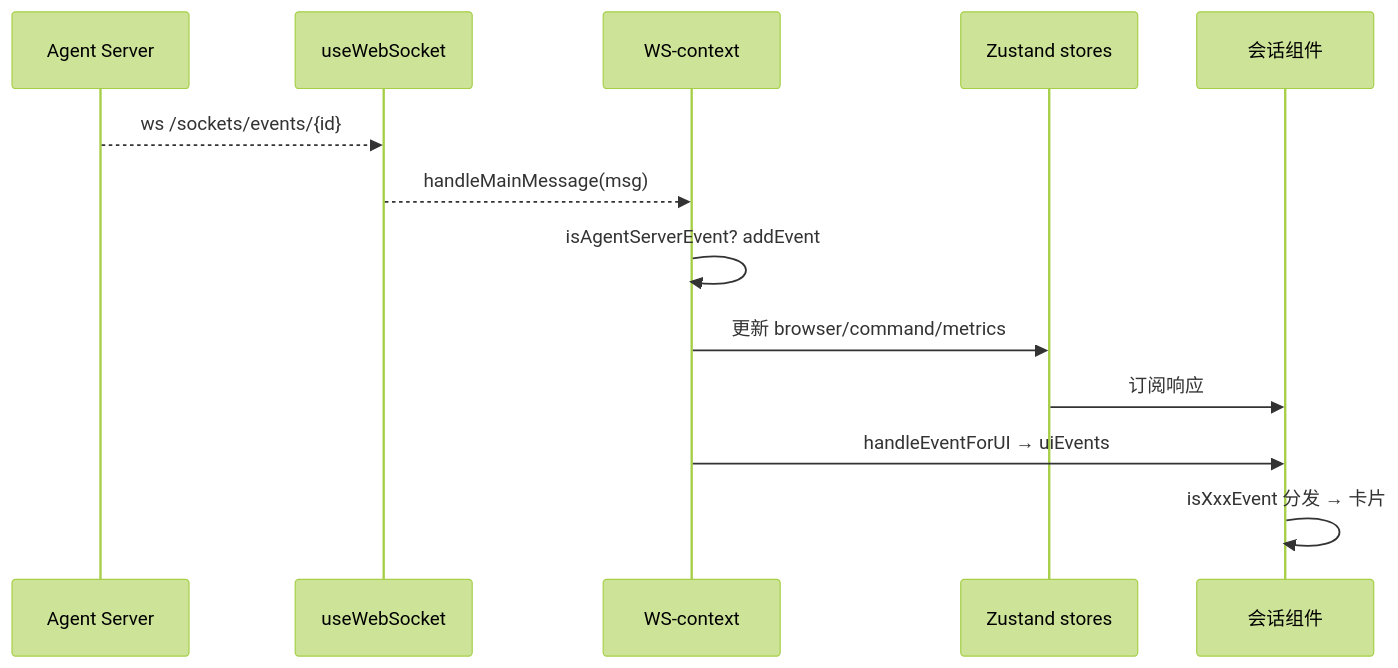
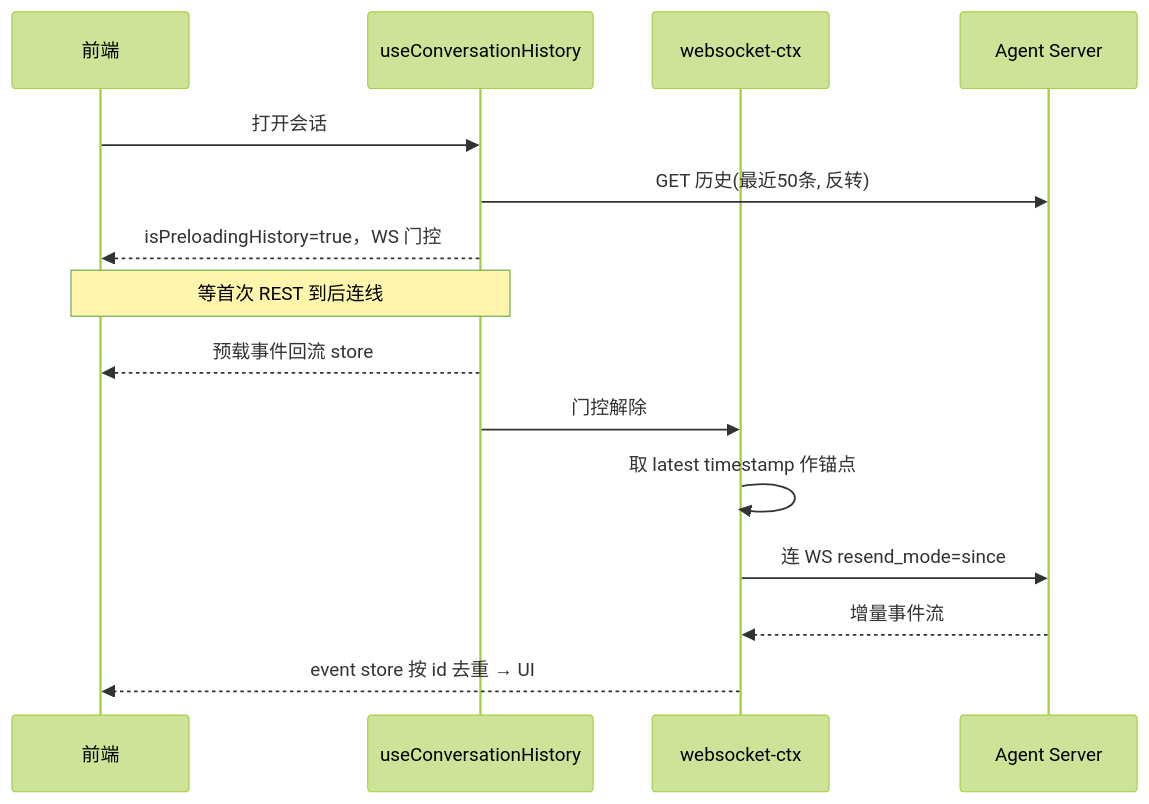
One commit to morehao/oss-insights changed the first of 4 diagrams in ai-agent/openhands/realtime-session.md. Above: the diagram before and after it, drawn with Mermaid (forest theme). The commit also changed other lines of this file and 9 other files, not shown here.

````diff
--- a/ai-agent/openhands/realtime-session.md
+++ b/ai-agent/openhands/realtime-session.md
@@ -98,15 +11,17 @@
 ```mermaid
 sequenceDiagram
-    participant SRV as Agent Server
-    participant WS as useWebSocket
-    participant H as WS-context
-    participant Store as Zustand stores
-    participant UI as 会话组件
-    SRV-->>WS: ws /sockets/events/{id}
-    WS-->>H: handleMainMessage(msg)
-    H->>H: isAgentServerEvent? addEvent
-    H->>Store: 更新 browser/command/metrics
-    Store->>UI: 订阅响应
-    H->>UI: handleEventForUI → uiEvents
-    UI->>UI: isXxxEvent 分发 → 卡片
+    participant C as 前端
+    participant Q as useConversationHistory
+    participant W as websocket-ctx
+    participant S as Agent Server
+    C->>Q: 打开会话
+    Q->>S: GET 历史(最近50条, 反转)
+    Q-->>C: isPreloadingHistory=true，WS 门控
+    Note over Q,C: 等首次 REST 到后连线
+    Q-->>C: 预载事件回流 store
+    Q->>W: 门控解除
+    W->>W: 取 latest timestamp 作锚点
+    W->>S: 连 WS resend_mode=since
+    S-->>W: 增量事件流
+    W-->>C: event store 按 id 去重 → UI
 ```
````
